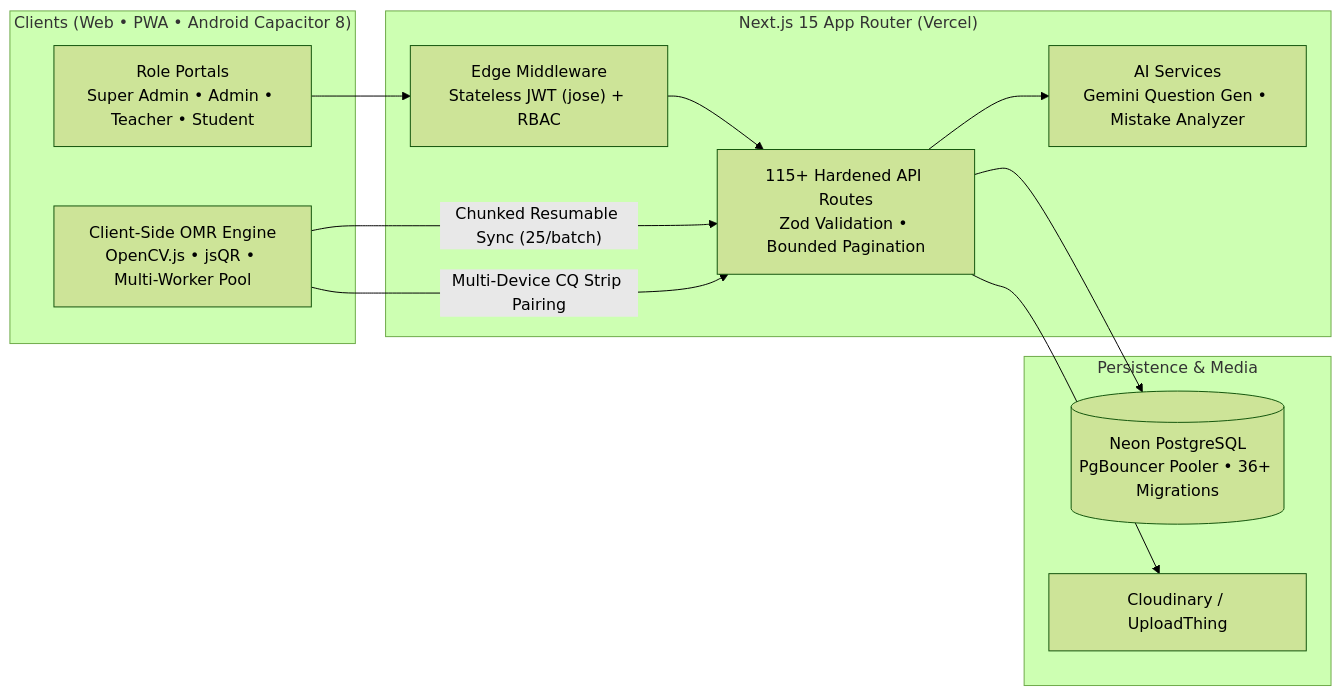
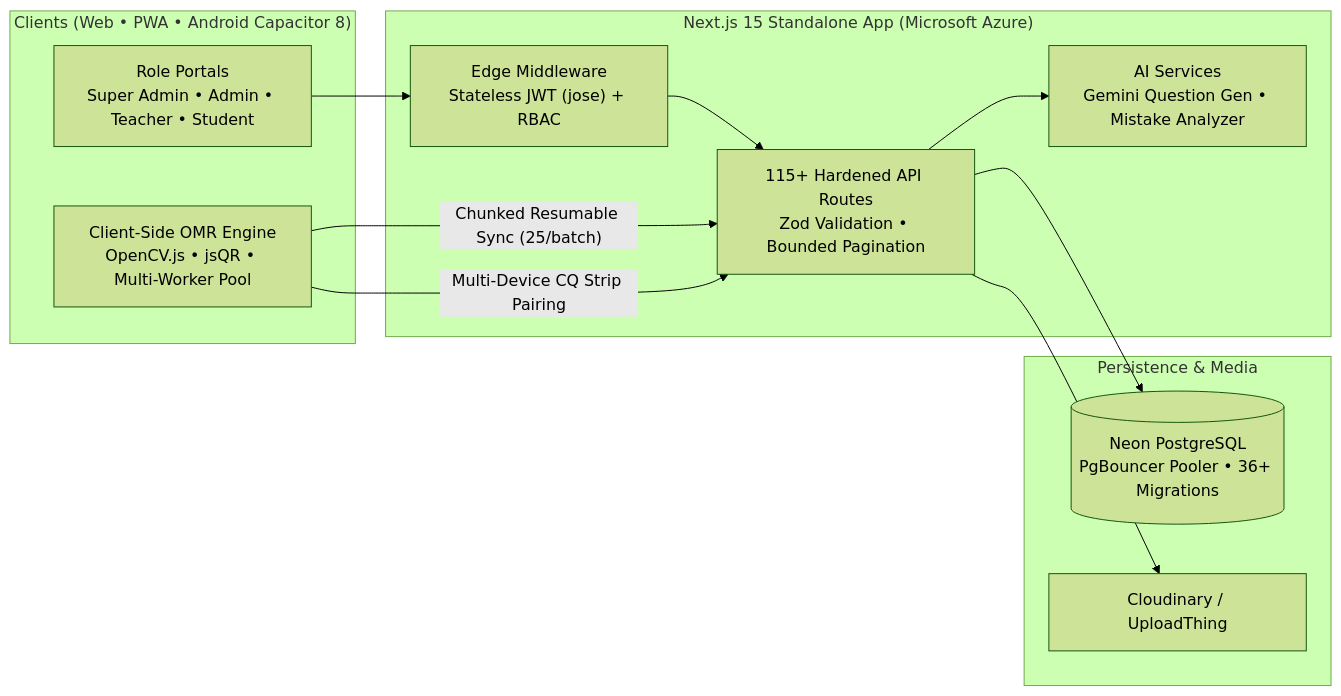
The diagram in README.md (rofazhasan/digital_school), drawn with Mermaid (forest theme) before and after one commit. The commit also changed other lines of this file, not shown here.

Commit message:
docs: update README.md deployment & architecture to Microsoft Azure

````diff
--- a/README.md
+++ b/README.md
@@ -40,25 +40,25 @@
 ```mermaid
 flowchart LR
     subgraph Clients["Clients (Web • PWA • Android Capacitor 8)"]
         Portal["Role Portals<br/>Super Admin • Admin • Teacher • Student"]
         OMRWorker["Client-Side OMR Engine<br/>OpenCV.js • jsQR • Multi-Worker Pool"]
     end
 
-    subgraph NextApp["Next.js 15 App Router (Vercel)"]
+    subgraph NextApp["Next.js 15 Standalone App (Microsoft Azure)"]
         MW["Edge Middleware<br/>Stateless JWT (jose) + RBAC"]
         API["115+ Hardened API Routes<br/>Zod Validation • Bounded Pagination"]
         AI["AI Services<br/>Gemini Question Gen • Mistake Analyzer"]
     end
 
     subgraph Data["Persistence & Media"]
         Neon[("Neon PostgreSQL<br/>PgBouncer Pooler • 36+ Migrations")]
         Cloud["Cloudinary / UploadThing"]
     end
 
     Portal --> MW --> API
     OMRWorker -->|"Chunked Resumable Sync (25/batch)"| API
     OMRWorker -->|"Multi-Device CQ Strip Pairing"| API
     API --> Neon
     API --> AI
     API --> Cloud
 ```
````
